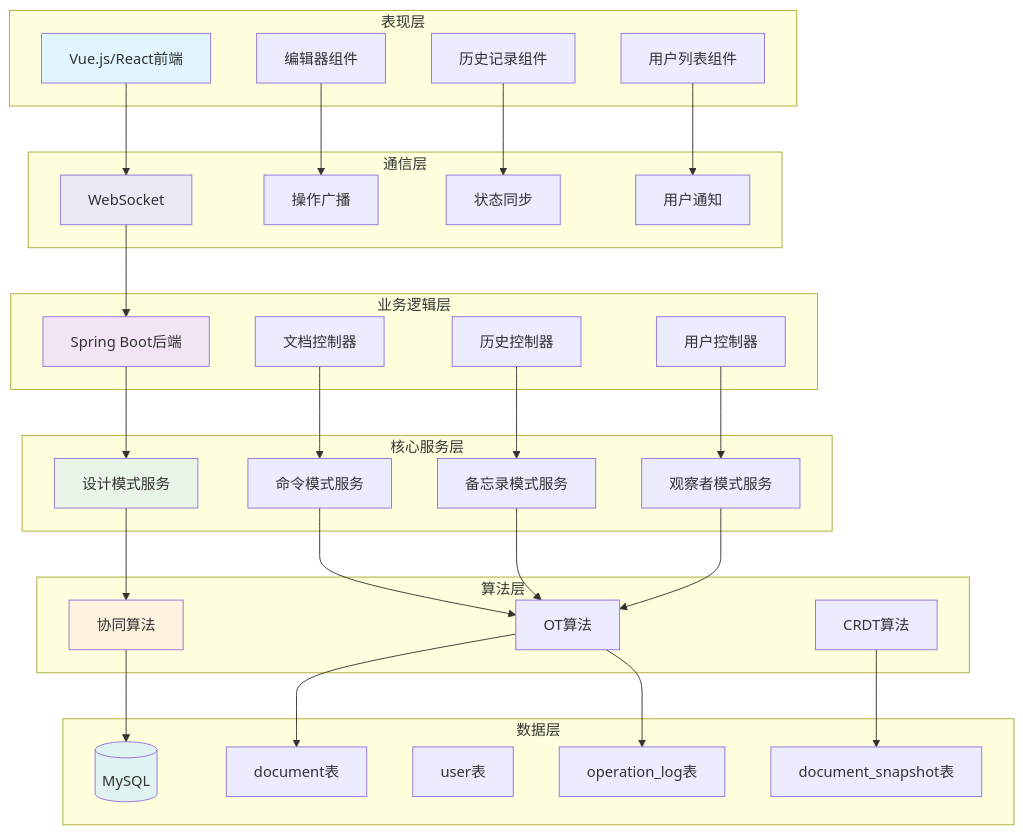
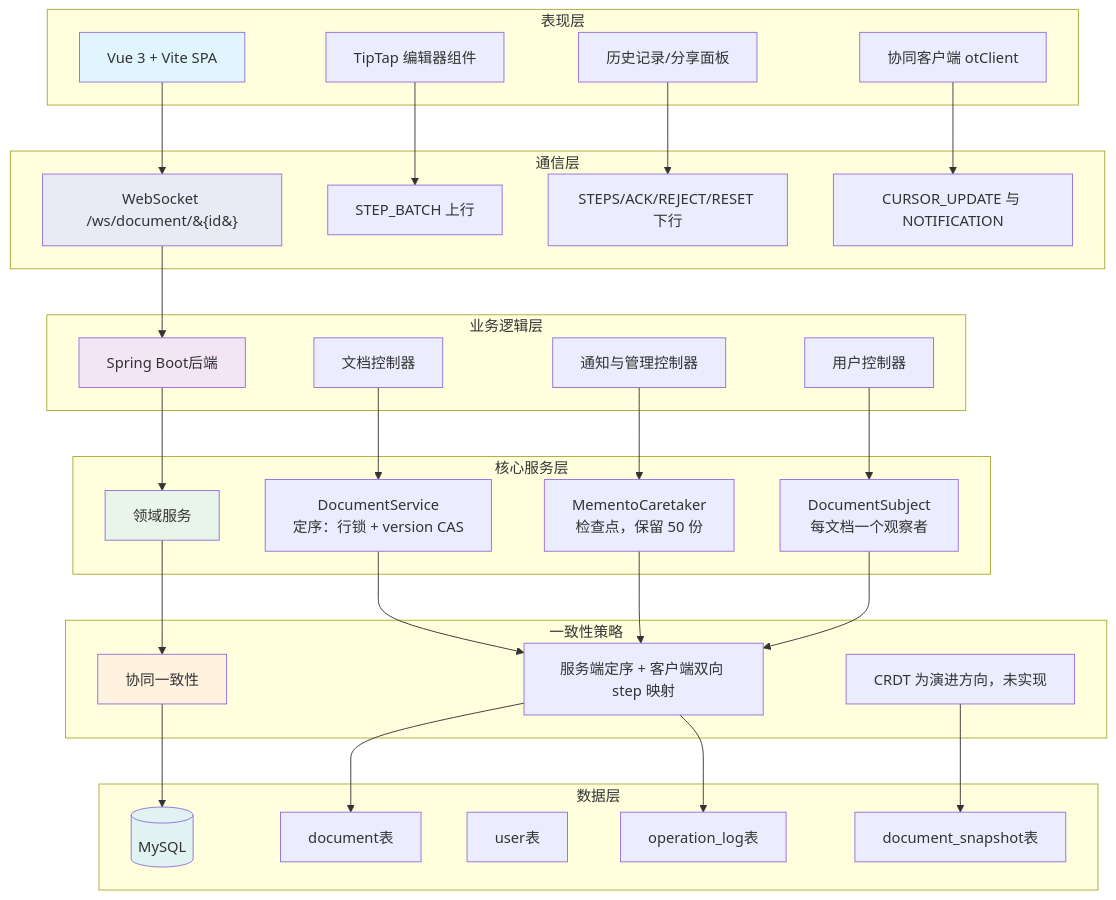
One commit to sky8791-flash/project-design changed the seventh of 10 diagrams in 系统模式结构图.md. Above: the diagram before and after it, drawn with Mermaid. The commit also changed other lines of this file and 2 other files, not shown here.

First line of the commit message:
Rewrite the design docs around the sequencer model

````diff
--- a/系统模式结构图.md
+++ b/系统模式结构图.md
@@ -286,73 +225,73 @@
 ```mermaid
 graph TB
     subgraph "表现层"
-        A[Vue.js/React前端]
-        A1[编辑器组件]
-        A2[用户列表组件]
-        A3[历史记录组件]
+        A[Vue 3 + Vite SPA]
+        A1[TipTap 编辑器组件]
+        A2[协同客户端 otClient]
+        A3[历史记录/分享面板]
     end
     
     subgraph "通信层"
-        B[WebSocket]
-        B1[操作广播]
-        B2[状态同步]
-        B3[用户通知]
+        B[WebSocket /ws/document/&#123;id&#125;]
+        B1[STEP_BATCH 上行]
+        B2[STEPS/ACK/REJECT/RESET 下行]
+        B3[CURSOR_UPDATE 与 NOTIFICATION]
     end
     
     subgraph "业务逻辑层"
         C[Spring Boot后端]
         C1[文档控制器]
         C2[用户控制器]
-        C3[历史控制器]
+        C3[通知与管理控制器]
     end
     
     subgraph "核心服务层"
-        D[设计模式服务]
-        D1[命令模式服务]
-        D2[备忘录模式服务]
-        D3[观察者模式服务]
+        D[领域服务]
+        D1[DocumentService<br>定序：行锁 + version CAS]
+        D2[MementoCaretaker<br>检查点，保留 50 份]
+        D3[DocumentSubject<br>每文档一个观察者]
     end
     
-    subgraph "算法层"
-        E[协同算法]
-        E1[OT算法]
-        E2[CRDT算法]
+    subgraph "一致性策略"
+        E[协同一致性]
+        E1[服务端定序 + 客户端双向 step 映射]
+        E2[CRDT 为演进方向，未实现]
     end
     
     subgraph "数据层"
         F[(MySQL)]
         F1[document表]
         F2[user表]
         F3[operation_log表]
         F4[document_snapshot表]
     end
     
     A --> B
     B --> C
     C --> D
     D --> E
     E --> F
     
     A1 --> B1
     A2 --> B3
     A3 --> B2
     
     C1 --> D1
     C2 --> D3
     C3 --> D2
     
     D1 --> E1
     D2 --> E1
     D3 --> E1
     
     E1 --> F1
     E1 --> F3
     E2 --> F4
     
     style A fill:#e1f5fe
     style B fill:#e8eaf6
     style C fill:#f3e5f5
     style D fill:#e8f5e8
     style E fill:#fff3e0
     style F fill:#e0f2f1
 ```
````
